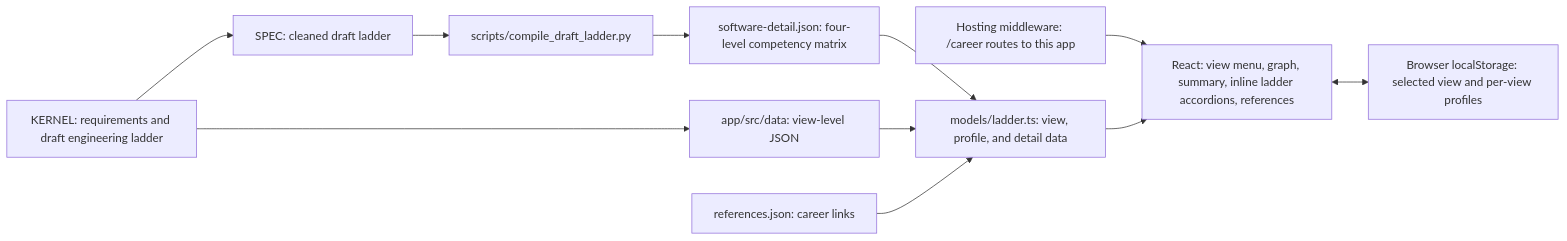
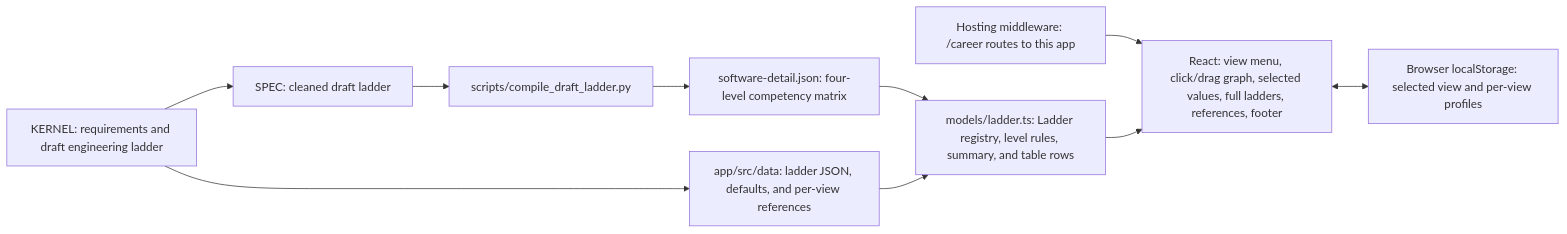
One commit to johnpfeiffer/career changed the first of 2 diagrams in architecture.md. Above: the diagram before and after it, drawn with Mermaid. The commit also changed other lines of this file and 19 other files, not shown here.

````diff
--- a/architecture.md
+++ b/architecture.md
@@ -7,13 +7,12 @@
 ```mermaid
 flowchart LR
     K["KERNEL: requirements and draft engineering ladder"] --> M["SPEC: cleaned draft ladder"]
     M --> C["scripts/compile_draft_ladder.py"]
     C --> D["software-detail.json: four-level competency matrix"]
-    K --> J["app/src/data: view-level JSON"]
-    D --> L["models/ladder.ts: view, profile, and detail data"]
+    K --> J["app/src/data: ladder JSON, defaults, and per-view references"]
+    D --> L["models/ladder.ts: Ladder registry, level rules, summary, and table rows"]
     J --> L
-    R["references.json: career links"] --> L
     W["Hosting middleware: /career routes to this app"] --> V
-    L --> V["React: view menu, graph, summary, inline ladder accordions, references"]
+    L --> V["React: view menu, click/drag graph, selected values, full ladders, references, footer"]
     V <--> S["Browser localStorage: selected view and per-view profiles"]
 ```
````
